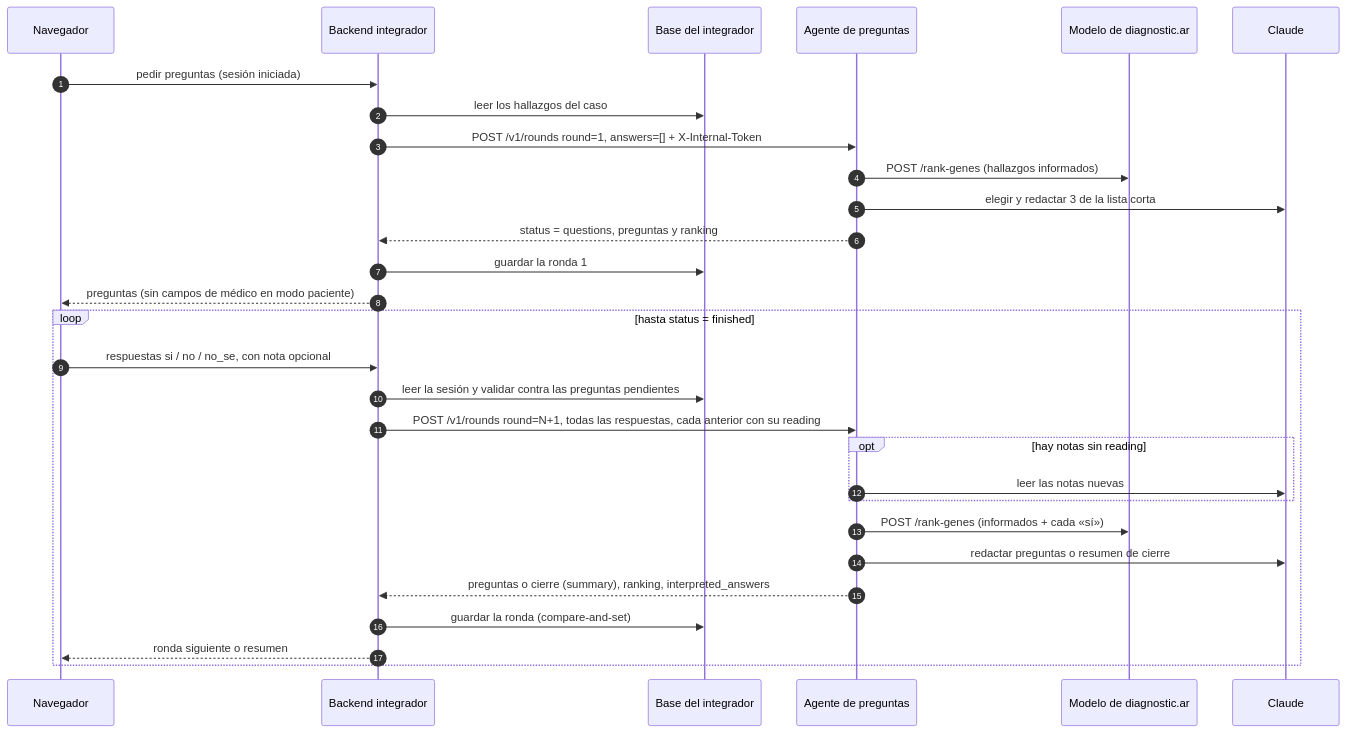
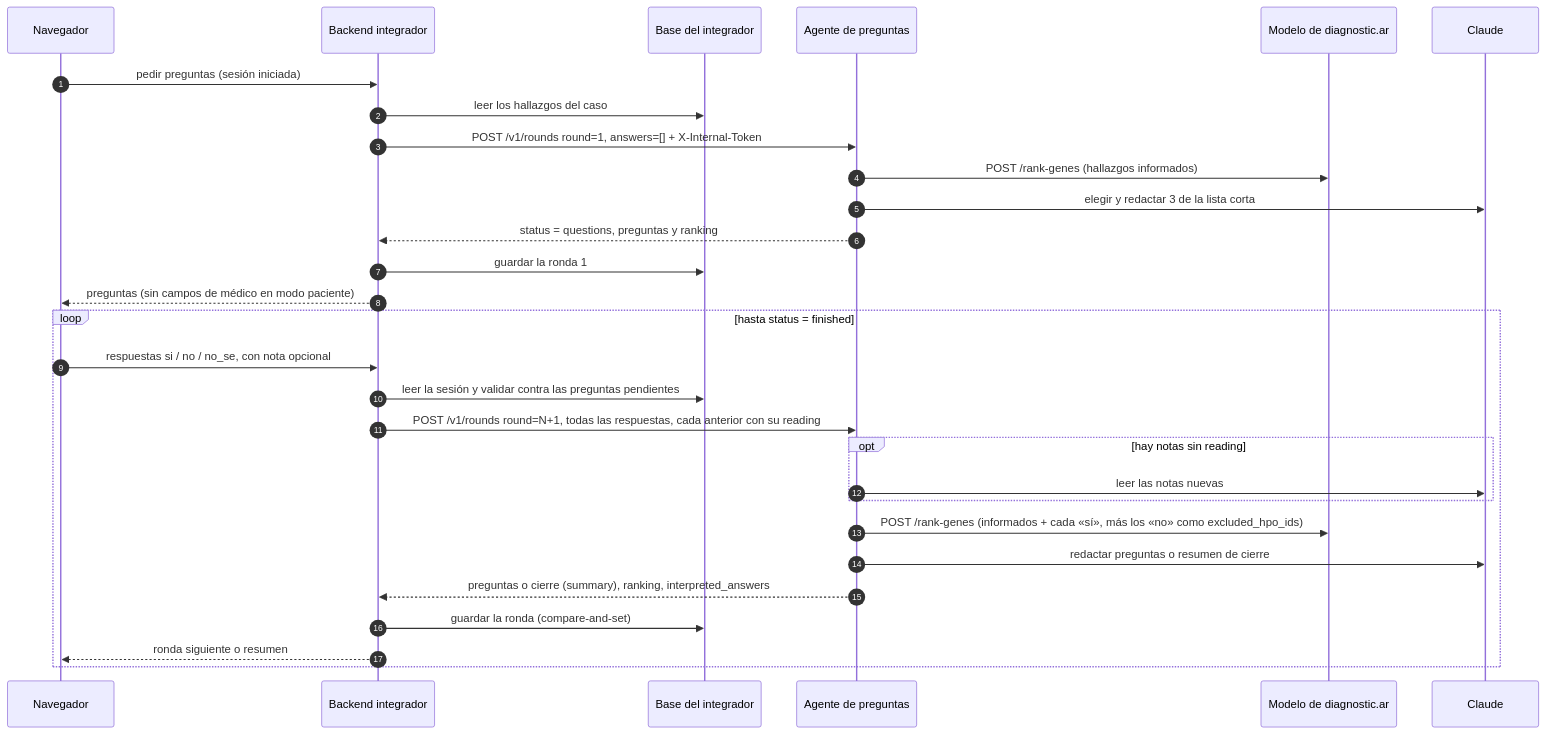
The diagram in docs/GUIA_DE_INTEGRACION.md (MarBL00126/diagnosticar-question-agent), drawn with Mermaid before and after one commit. The commit also changed other lines of this file and 7 other files, not shown here.

````diff
--- a/docs/GUIA_DE_INTEGRACION.md
+++ b/docs/GUIA_DE_INTEGRACION.md
@@ -179,31 +195,31 @@
 ```mermaid
 sequenceDiagram
     autonumber
     participant U as Navegador
     participant S as Backend integrador
     participant DB as Base del integrador
     participant A as Agente de preguntas
     participant M as Modelo de diagnostic.ar
     participant C as Claude
     U->>S: pedir preguntas (sesión iniciada)
     S->>DB: leer los hallazgos del caso
     S->>A: POST /v1/rounds round=1, answers=[] + X-Internal-Token
     A->>M: POST /rank-genes (hallazgos informados)
     A->>C: elegir y redactar 3 de la lista corta
     A-->>S: status = questions, preguntas y ranking
     S->>DB: guardar la ronda 1
     S-->>U: preguntas (sin campos de médico en modo paciente)
     loop hasta status = finished
         U->>S: respuestas si / no / no_se, con nota opcional
         S->>DB: leer la sesión y validar contra las preguntas pendientes
         S->>A: POST /v1/rounds round=N+1, todas las respuestas, cada anterior con su reading
         opt hay notas sin reading
             A->>C: leer las notas nuevas
         end
-        A->>M: POST /rank-genes (informados + cada «sí»)
+        A->>M: POST /rank-genes (informados + cada «sí», más los «no» como excluded_hpo_ids)
         A->>C: redactar preguntas o resumen de cierre
         A-->>S: preguntas o cierre (summary), ranking, interpreted_answers
         S->>DB: guardar la ronda (compare-and-set)
         S-->>U: ronda siguiente o resumen
     end
 ```
````
